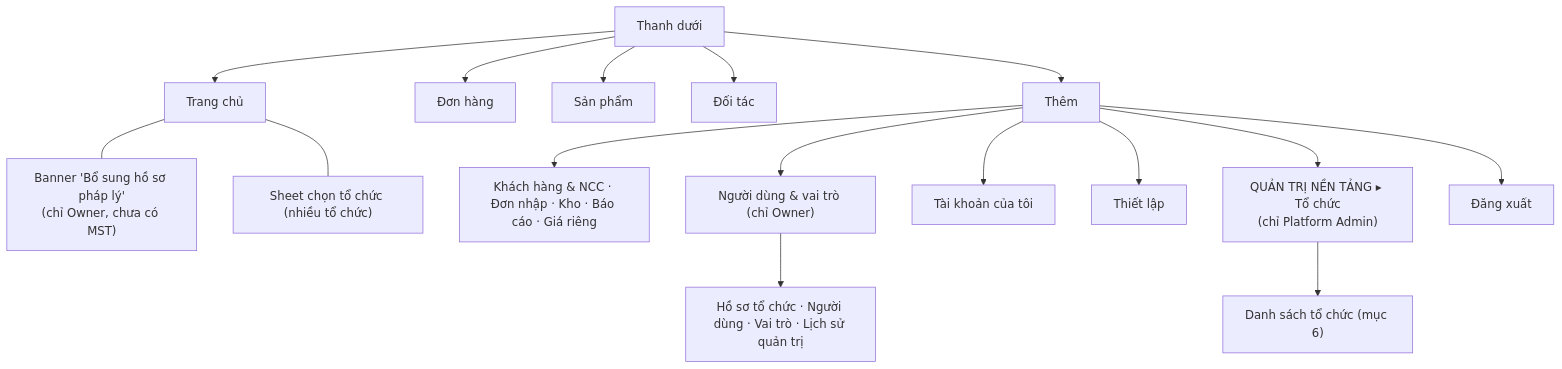
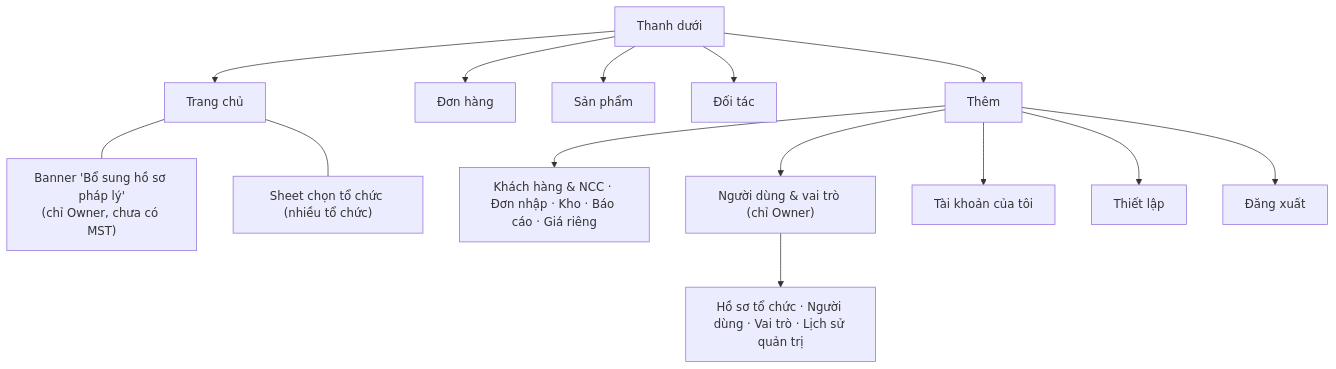
One commit to DsChien102/erp-sales-inventory changed the fourth of 4 diagrams in docs/02-yeu-cau/LUONG-UNG-DUNG.md. Above: the diagram before and after it, drawn with Mermaid. The commit also changed other lines of this file and 148 other files, not shown here.

Commit message:
refactor(iam): remove platform admin role and tenant/account blocked states (3-E)

````diff
--- a/docs/02-yeu-cau/LUONG-UNG-DUNG.md
+++ b/docs/02-yeu-cau/LUONG-UNG-DUNG.md
@@ -112,18 +96,16 @@
 ```mermaid
 flowchart TD
   NAV["Thanh dưới"] --> T1["Trang chủ"]
   NAV --> T2["Đơn hàng"]
   NAV --> T3["Sản phẩm"]
   NAV --> T4["Đối tác"]
   NAV --> T5["Thêm"]
   T1 --- BAN["Banner 'Bổ sung hồ sơ pháp lý'<br/>(chỉ Owner, chưa có MST)"]
   T1 --- SEL["Sheet chọn tổ chức (nhiều tổ chức)"]
   T5 --> M1["Khách hàng & NCC · Đơn nhập · Kho · Báo cáo · Giá riêng"]
   T5 --> M2["Người dùng & vai trò (chỉ Owner)"]
   T5 --> M3["Tài khoản của tôi"]
   T5 --> M4["Thiết lập"]
-  T5 --> M5["QUẢN TRỊ NỀN TẢNG ▸ Tổ chức<br/>(chỉ Platform Admin)"]
   T5 --> M6["Đăng xuất"]
   M2 --> U1["Hồ sơ tổ chức · Người dùng · Vai trò · Lịch sử quản trị"]
-  M5 --> P1["Danh sách tổ chức (mục 6)"]
 ```
````
